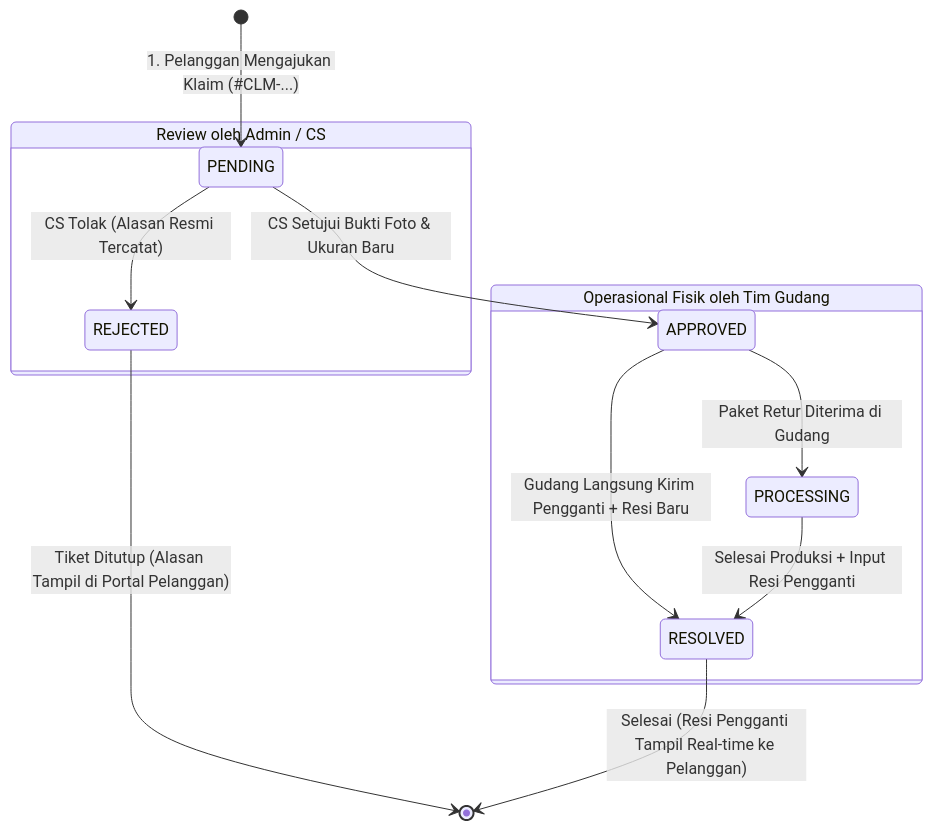
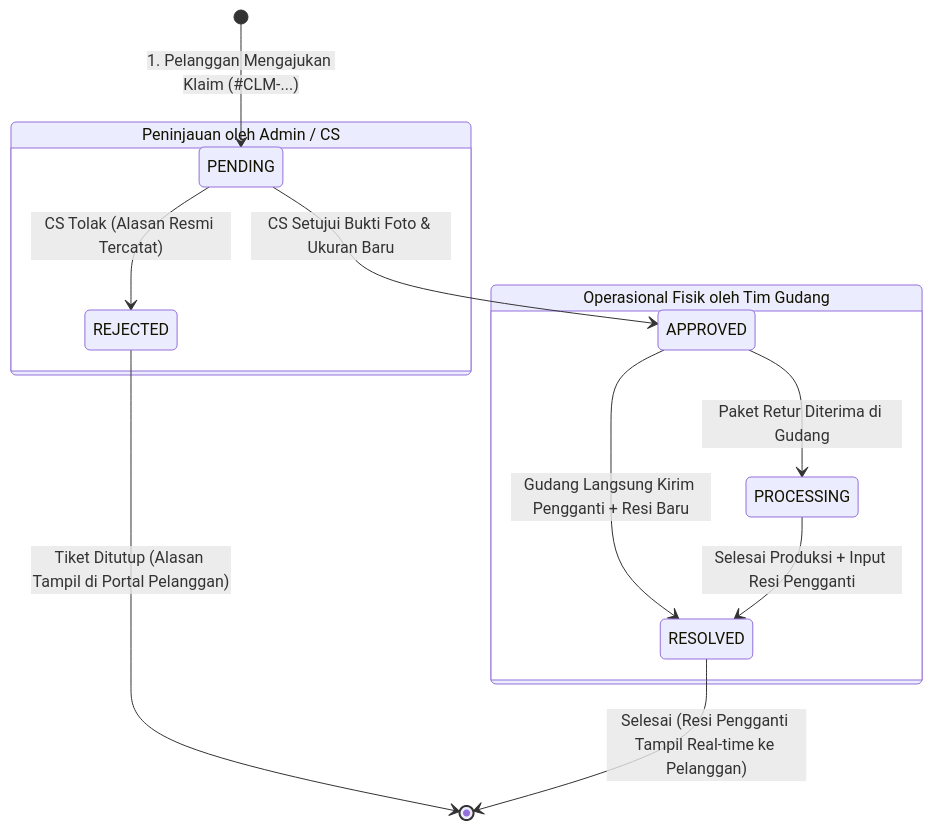
One commit to DujanahSr/regarsport-ecommerce changed the third of 3 diagrams in README.md. Above: the diagram before and after it, drawn with Mermaid. The commit also changed other lines of this file and 9 other files, not shown here.

````diff
--- a/README.md
+++ b/README.md
@@ -136,18 +138,18 @@
 ```mermaid
 stateDiagram-v2
     [*] --> PENDING: 1. Pelanggan Mengajukan Klaim (#CLM-...)
     
-    state "Review oleh Admin / CS" as CSReview {
+    state "Peninjauan oleh Admin / CS" as CSReview {
         PENDING --> APPROVED: CS Setujui Bukti Foto & Ukuran Baru
         PENDING --> REJECTED: CS Tolak (Alasan Resmi Tercatat)
     }
     
     state "Operasional Fisik oleh Tim Gudang" as WarehouseOps {
         APPROVED --> PROCESSING: Paket Retur Diterima di Gudang
         APPROVED --> RESOLVED: Gudang Langsung Kirim Pengganti + Resi Baru
         PROCESSING --> RESOLVED: Selesai Produksi + Input Resi Pengganti
     }
     
     REJECTED --> [*]: Tiket Ditutup (Alasan Tampil di Portal Pelanggan)
     RESOLVED --> [*]: Selesai (Resi Pengganti Tampil Real-time ke Pelanggan)
 ```
````
